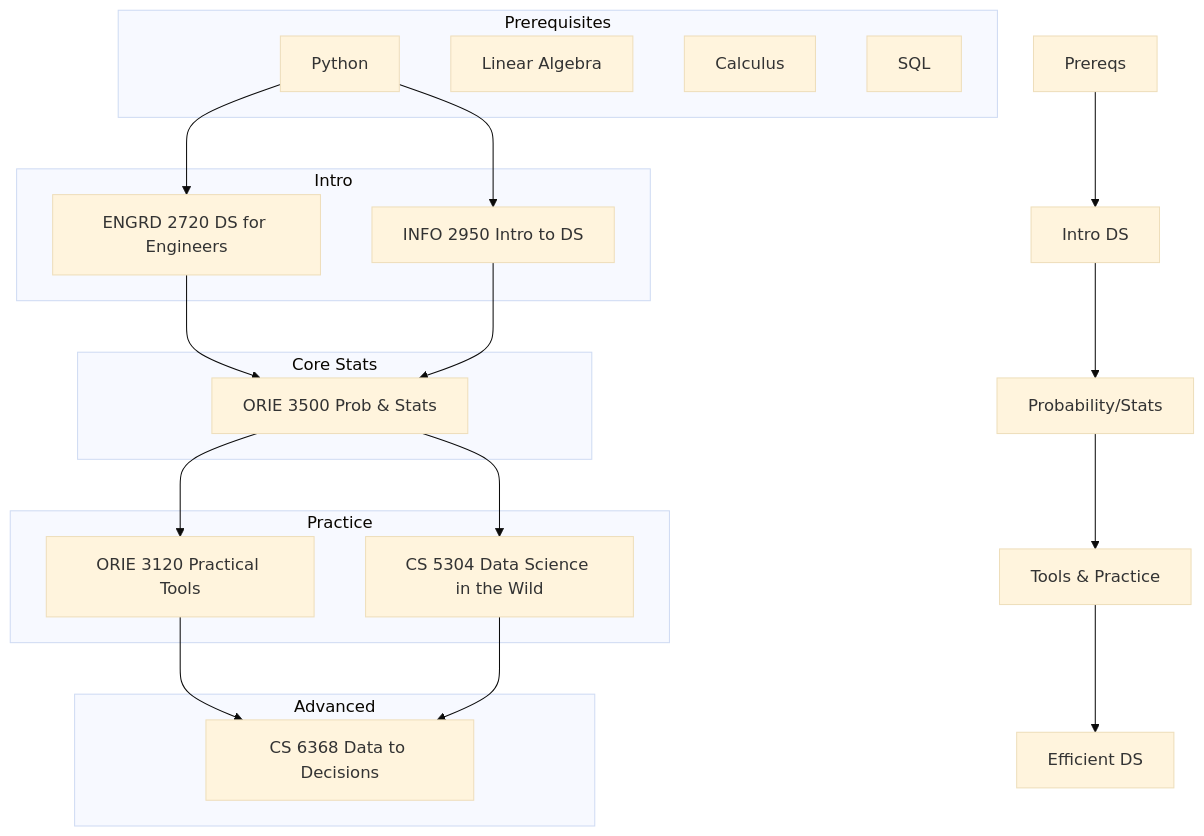
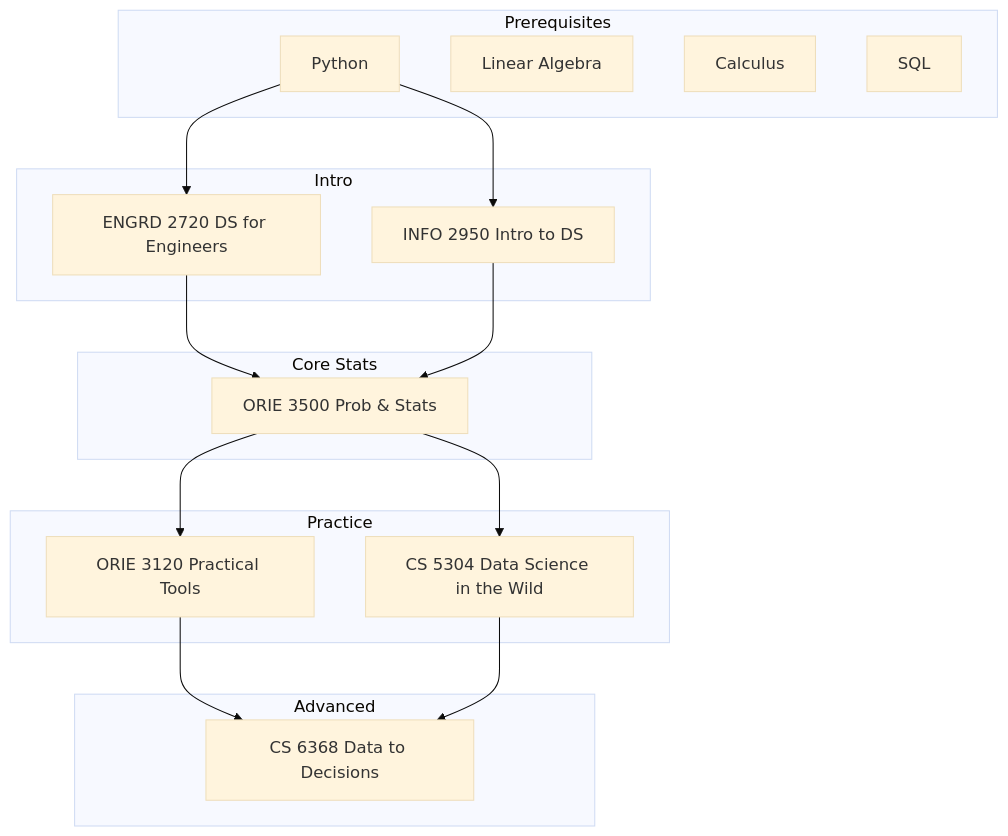
One commit to jmyphn/engineering-wiki changed the diagram in csdatasci.md. Above: the diagram before and after it, drawn with Mermaid (base theme). The commit also changed 8 other files, not shown here.

````diff
--- a/csdatasci.md
+++ b/csdatasci.md
@@ -14,41 +14,36 @@
 ```mermaid
 flowchart TD
-  A[Prereqs] --> B[Intro DS]
-  B --> C[Probability/Stats]
-  C --> D[Tools & Practice]
-  D --> E[Efficient DS]
-
   subgraph A1[Prerequisites]
     A1a[Python]
     A1b[Linear Algebra]
     A1c[Calculus]
     A1d[SQL]
   end
 
   subgraph B1[Intro]
     B1a[ENGRD 2720 DS for Engineers]
     B1b[INFO 2950 Intro to DS]
   end
 
   subgraph C1[Core Stats]
     C1a[ORIE 3500 Prob & Stats]
   end
 
   subgraph D1[Practice]
     D1a[ORIE 3120 Practical Tools]
     D1b[CS 5304 Data Science in the Wild]
   end
 
   subgraph E1[Advanced]
     E1a[CS 6368 Data to Decisions]
   end
 
   A1a --> B1a
   A1a --> B1b
   B1a --> C1a
   B1b --> C1a
   C1a --> D1a
   C1a --> D1b
   D1a --> E1a
   D1b --> E1a
 ```
````
